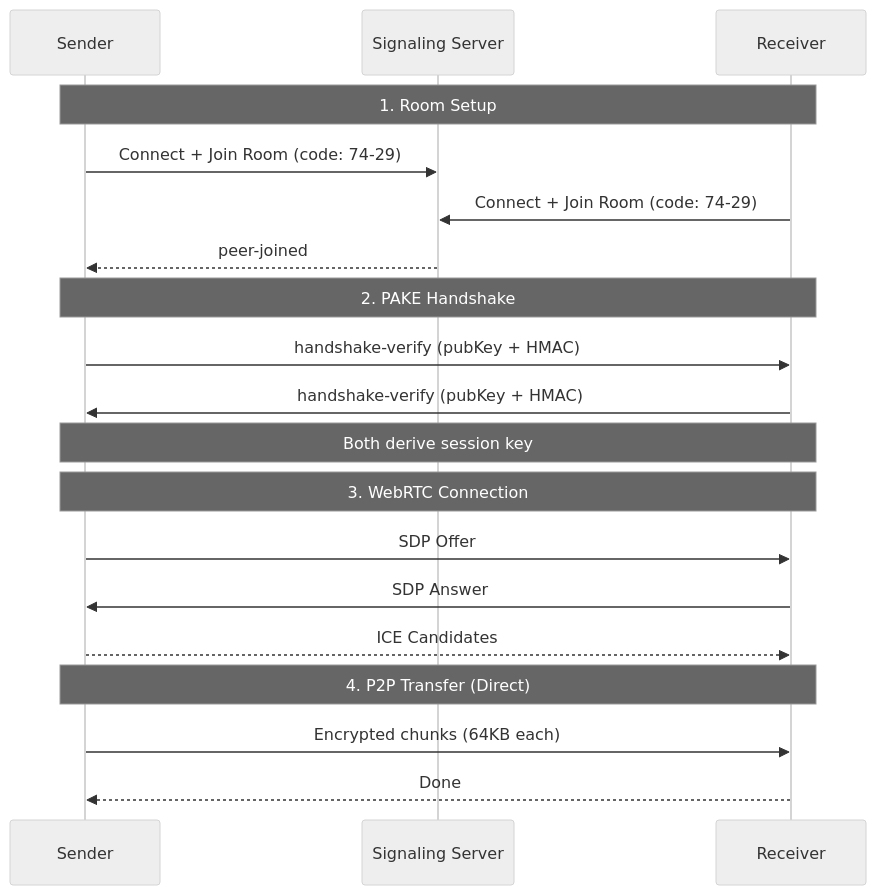
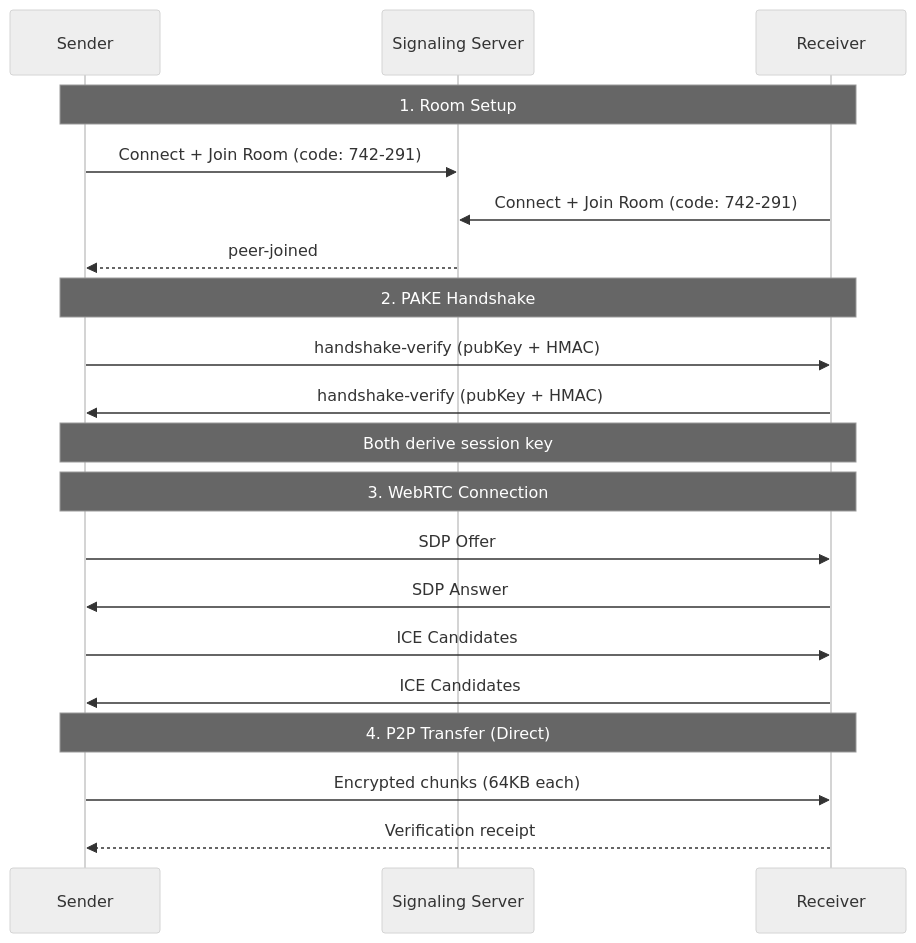
Before and after one commit to Ruddxxy/warp-p2p: the diagram in README.md, drawn with Mermaid (neutral theme). The commit also changed other lines of this file and 40 other files, not shown here.

````diff
--- a/README.md
+++ b/README.md
@@ -15,25 +39,26 @@
 ```mermaid
 sequenceDiagram
     participant Sender
     participant Server as Signaling Server
     participant Receiver
 
     Note over Sender,Receiver: 1. Room Setup
-    Sender->>Server: Connect + Join Room (code: 74-29)
-    Receiver->>Server: Connect + Join Room (code: 74-29)
+    Sender->>Server: Connect + Join Room (code: 742-291)
+    Receiver->>Server: Connect + Join Room (code: 742-291)
     Server-->>Sender: peer-joined
 
     Note over Sender,Receiver: 2. PAKE Handshake
     Sender->>Receiver: handshake-verify (pubKey + HMAC)
     Receiver->>Sender: handshake-verify (pubKey + HMAC)
     Note over Sender,Receiver: Both derive session key
 
     Note over Sender,Receiver: 3. WebRTC Connection
     Sender->>Receiver: SDP Offer
     Receiver->>Sender: SDP Answer
-    Sender-->>Receiver: ICE Candidates
+    Sender->>Receiver: ICE Candidates
+    Receiver->>Sender: ICE Candidates
 
     Note over Sender,Receiver: 4. P2P Transfer (Direct)
     Sender->>Receiver: Encrypted chunks (64KB each)
-    Receiver-->>Sender: Done
+    Receiver-->>Sender: Verification receipt
 ```
````
